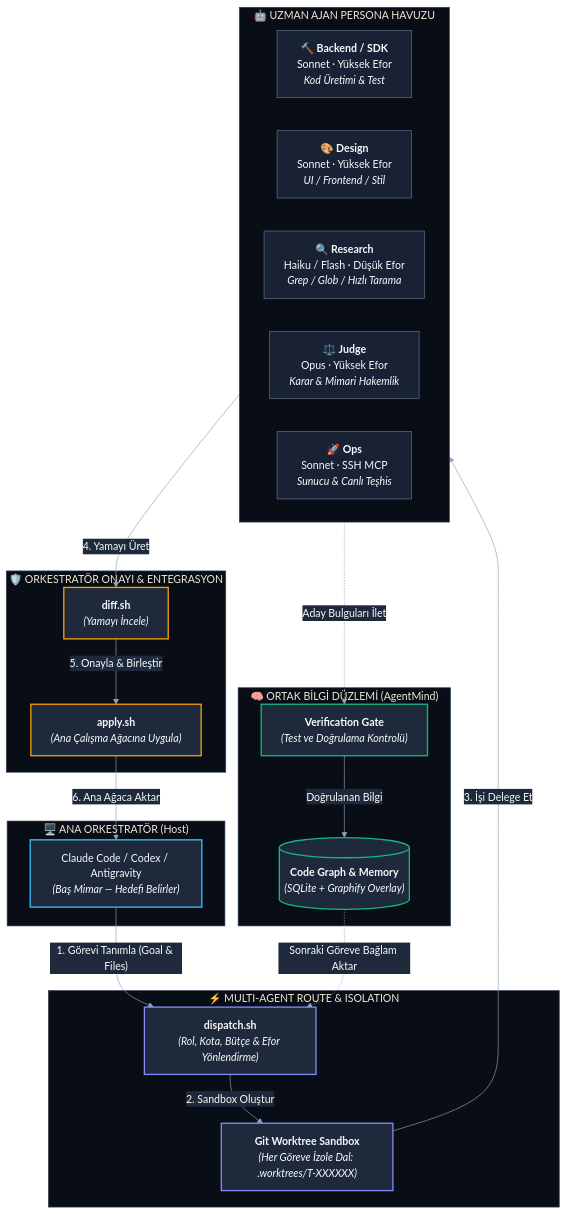
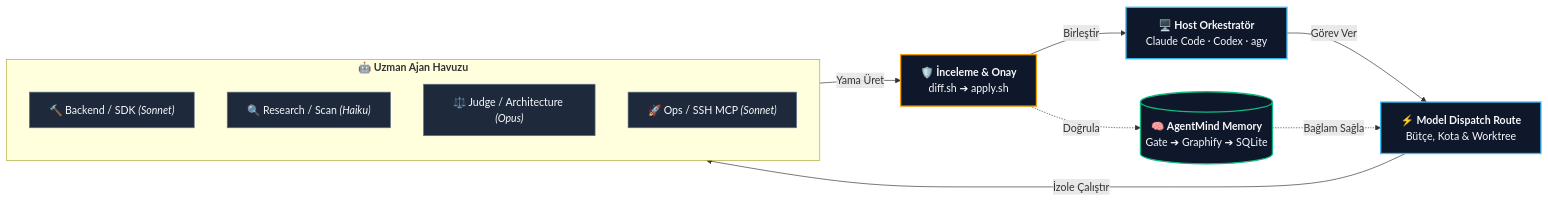
Before and after one commit to MSelcukAkbas/model-dispatch-router: the diagram in README.md, drawn with Mermaid.

Commit message:
docs: streamline Mermaid architecture diagram to horizontal flow and fix preview parsing issue
Why: Replace tall vertical diagram with compact horizontal layout (LR) to reduce visual clutter and eliminate parser confusion with subsequent code blocks in markdown previewers.

How:
- Converted flowchart to compact LR orientation
- Compacted Swarm pool into a neat nested TB group
- Removed verbose init config block to ensure flawless rendering across VS Code and GitHub

````diff
--- a/README.md
+++ b/README.md
@@ -31,66 +31,33 @@
 ```mermaid
-%%{init: {
-  'theme': 'base',
-  'themeVariables': {
-    'background': '#0f172a',
-    'primaryColor': '#1e293b',
-    'primaryTextColor': '#f8fafc',
-    'primaryBorderColor': '#475569',
-    'lineColor': '#94a3b8',
-    'secondaryColor': '#1e293b',
-    'tertiaryColor': '#0f172a',
-    'clusterBkg': '#090d16',
-    'clusterBorder': '#334155'
-  }
-}}%%
-flowchart TD
-    subgraph HostGroup["🖥️ ANA ORKESTRATÖR (Host)"]
-        Host["Claude Code / Codex / Antigravity<br/><i>(Baş Mimar — Hedefi Belirler)</i>"]
+flowchart LR
+    Host["🖥️ <b>Host Orkestratör</b><br/>Claude Code · Codex · agy"]
+    Router["⚡ <b>Model Dispatch Route</b><br/>Bütçe, Kota & Worktree"]
+
+    subgraph Swarm ["🤖 <b>Uzman Ajan Havuzu</b>"]
+        direction TB
+        A1["🔨 Backend / SDK <i>(Sonnet)</i>"]
+        A2["🔍 Research / Scan <i>(Haiku)</i>"]
+        A3["⚖️ Judge / Architecture <i>(Opus)</i>"]
+        A4["🚀 Ops / SSH MCP <i>(Sonnet)</i>"]
     end
 
-    subgraph RouterGroup["⚡ MULTI-AGENT ROUTE & ISOLATION"]
-        Router["<b>dispatch.sh</b><br/><i>(Rol, Kota, Bütçe & Efor Yönlendirme)</i>"]
-        Worktree["<b>Git Worktree Sandbox</b><br/><i>(Her Göreve İzole Dal: .worktrees/T-XXXXXX)</i>"]
-    end
+    Review["🛡️ <b>İnceleme & Onay</b><br/>diff.sh ➔ apply.sh"]
+    Memory[("🧠 <b>AgentMind Memory</b><br/>Gate ➔ Graphify ➔ SQLite")]
 
-    subgraph AgentGroup["🤖 UZMAN AJAN PERSONA HAVUZU"]
-        A_Backend["🔨 <b>Backend / SDK</b><br/>Sonnet · Yüksek Efor<br/><i>Kod Üretimi & Test</i>"]
-        A_Design["🎨 <b>Design</b><br/>Sonnet · Yüksek Efor<br/><i>UI / Frontend / Stil</i>"]
-        A_Research["🔍 <b>Research</b><br/>Haiku / Flash · Düşük Efor<br/><i>Grep / Glob / Hızlı Tarama</i>"]
-        A_Judge["⚖️ <b>Judge</b><br/>Opus · Yüksek Efor<br/><i>Karar & Mimari Hakemlik</i>"]
-        A_Ops["🚀 <b>Ops</b><br/>Sonnet · SSH MCP<br/><i>Sunucu & Canlı Teşhis</i>"]
-    end
+    Host -->|"Görev Ver"| Router
+    Router -->|"İzole Çalıştır"| Swarm
+    Swarm -->|"Yama Üret"| Review
+    Review -->|"Birleştir"| Host
+    Review -.->|"Doğrula"| Memory
+    Memory -.->|"Bağlam Sağla"| Router
 
-    subgraph ReviewGroup["🛡️ ORKESTRATÖR ONAYI & ENTEGRASYON"]
-        DiffCheck["<b>diff.sh</b><br/><i>(Yamayı İncele)</i>"]
-        ApplyPatch["<b>apply.sh</b><br/><i>(Ana Çalışma Ağacına Uygula)</i>"]
-    end
+    classDef hostStyle fill:#0f172a,stroke:#38bdf8,stroke-width:2px,color:#f8fafc;
+    classDef agentStyle fill:#1e293b,stroke:#64748b,stroke-width:1px,color:#f8fafc;
+    classDef reviewStyle fill:#0f172a,stroke:#f59e0b,stroke-width:2px,color:#f8fafc;
+    classDef memoryStyle fill:#0f172a,stroke:#10b981,stroke-width:2px,color:#f8fafc;
 
-    subgraph MemoryGroup["🧠 ORTAK BİLGİ DÜZLEMİ (AgentMind)"]
-        Gate["<b>Verification Gate</b><br/><i>(Test ve Doğrulama Kontrolü)</i>"]
-        Knowledge[("<b>Code Graph & Memory</b><br/><i>(SQLite + Graphify Overlay)</i>")]
-    end
-
-    Host -->|"1. Görevi Tanımla (Goal & Files)"| Router
-    Router -->|"2. Sandbox Oluştur"| Worktree
-    Worktree -->|"3. İşi Delege Et"| AgentGroup
-    AgentGroup -->|"4. Yamayı Üret"| DiffCheck
-    DiffCheck -->|"5. Onayla & Birleştir"| ApplyPatch
-    ApplyPatch -->|"6. Ana Ağaca Aktar"| Host
-
-    AgentGroup -.->|"Aday Bulguları İlet"| Gate
-    Gate -->|"Doğrulanan Bilgi"| Knowledge
-    Knowledge -.->|"Sonraki Göreve Bağlam Aktar"| Router
-
-    classDef hostStyle fill:#1e293b,stroke:#38bdf8,stroke-width:2px,color:#f8fafc;
-    classDef routerStyle fill:#1e293b,stroke:#818cf8,stroke-width:2px,color:#f8fafc;
-    classDef agentStyle fill:#182234,stroke:#64748b,stroke-width:1px,color:#f8fafc;
-    classDef reviewStyle fill:#1e293b,stroke:#f59e0b,stroke-width:2px,color:#f8fafc;
-    classDef memoryStyle fill:#1e293b,stroke:#10b981,stroke-width:2px,color:#f8fafc;
-
-    class Host hostStyle;
-    class Router,Worktree routerStyle;
-    class A_Backend,A_Design,A_Research,A_Judge,A_Ops agentStyle;
-    class DiffCheck,ApplyPatch reviewStyle;
-    class Gate,Knowledge memoryStyle;
+    class Host,Router hostStyle;
+    class A1,A2,A3,A4 agentStyle;
+    class Review reviewStyle;
+    class Memory memoryStyle;
 ```
````
